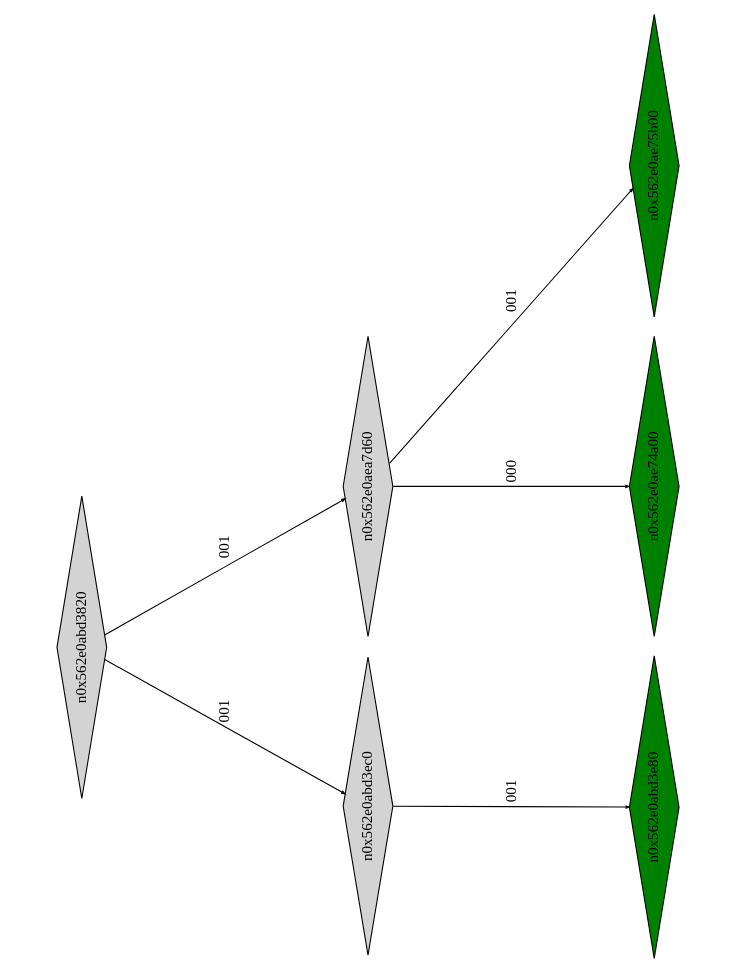
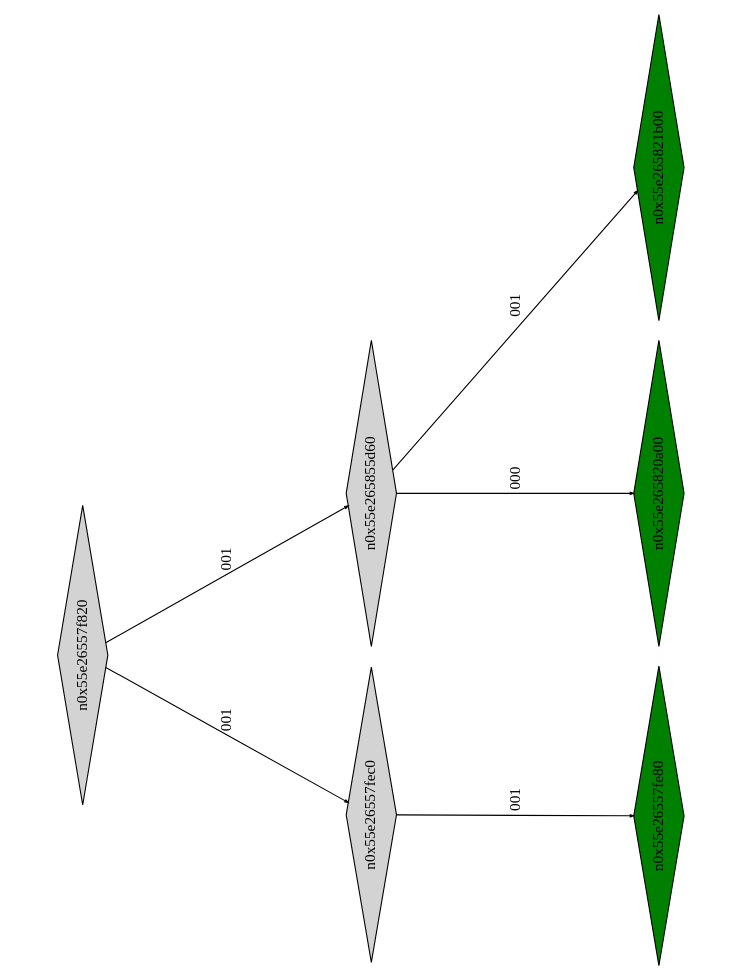
Before and after one commit to Research-Tools-PAVT/PSE-Program-Examples: the diagram in example2_klee_out/ptree_00000125.dot, drawn with Graphviz. The commit also changed 42 other files, not shown here.

```diff
--- a/example2_klee_out/ptree_00000125.dot
+++ b/example2_klee_out/ptree_00000125.dot
@@ -1,19 +1,19 @@
 digraph G {
 	size="10,7.5";
 	ratio=fill;
 	rotate=90;
 	center = "true";
 	node [style="filled",width=.1,height=.1,fontname="Terminus"]
 	edge [arrowsize=.3]
-	n0x562e0abd3820 [shape=diamond];
-	n0x562e0abd3820 -> n0x562e0abd3ec0 [label=001];
-	n0x562e0abd3820 -> n0x562e0aea7d60 [label=001];
-	n0x562e0aea7d60 [shape=diamond];
-	n0x562e0aea7d60 -> n0x562e0ae74a00 [label=000];
-	n0x562e0aea7d60 -> n0x562e0ae75b00 [label=001];
-	n0x562e0ae75b00 [shape=diamond,fillcolor=green];
-	n0x562e0ae74a00 [shape=diamond,fillcolor=green];
-	n0x562e0abd3ec0 [shape=diamond];
-	n0x562e0abd3ec0 -> n0x562e0abd3e80 [label=001];
-	n0x562e0abd3e80 [shape=diamond,fillcolor=green];
+	n0x55e26557f820 [shape=diamond];
+	n0x55e26557f820 -> n0x55e26557fec0 [label=001];
+	n0x55e26557f820 -> n0x55e265855d60 [label=001];
+	n0x55e265855d60 [shape=diamond];
+	n0x55e265855d60 -> n0x55e265820a00 [label=000];
+	n0x55e265855d60 -> n0x55e265821b00 [label=001];
+	n0x55e265821b00 [shape=diamond,fillcolor=green];
+	n0x55e265820a00 [shape=diamond,fillcolor=green];
+	n0x55e26557fec0 [shape=diamond];
+	n0x55e26557fec0 -> n0x55e26557fe80 [label=001];
+	n0x55e26557fe80 [shape=diamond,fillcolor=green];
 }
```
